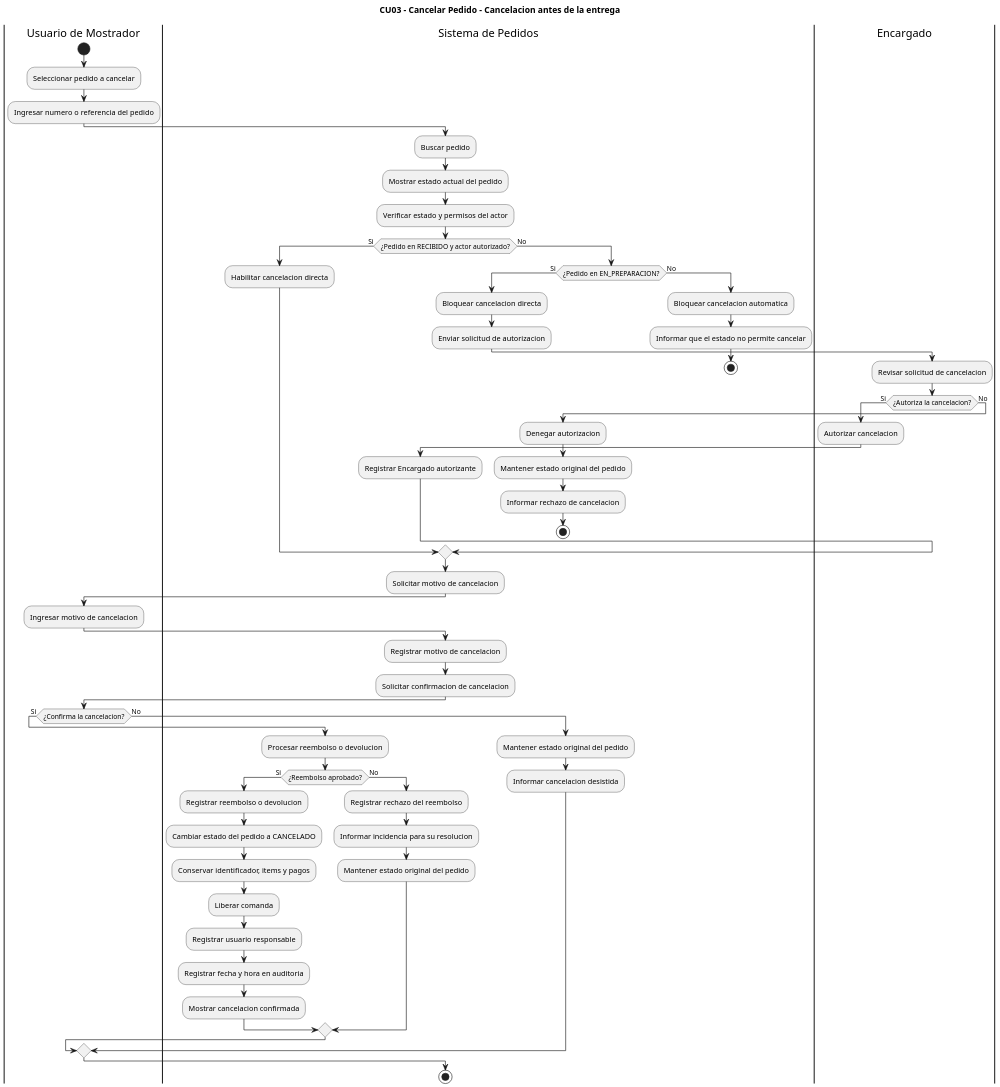
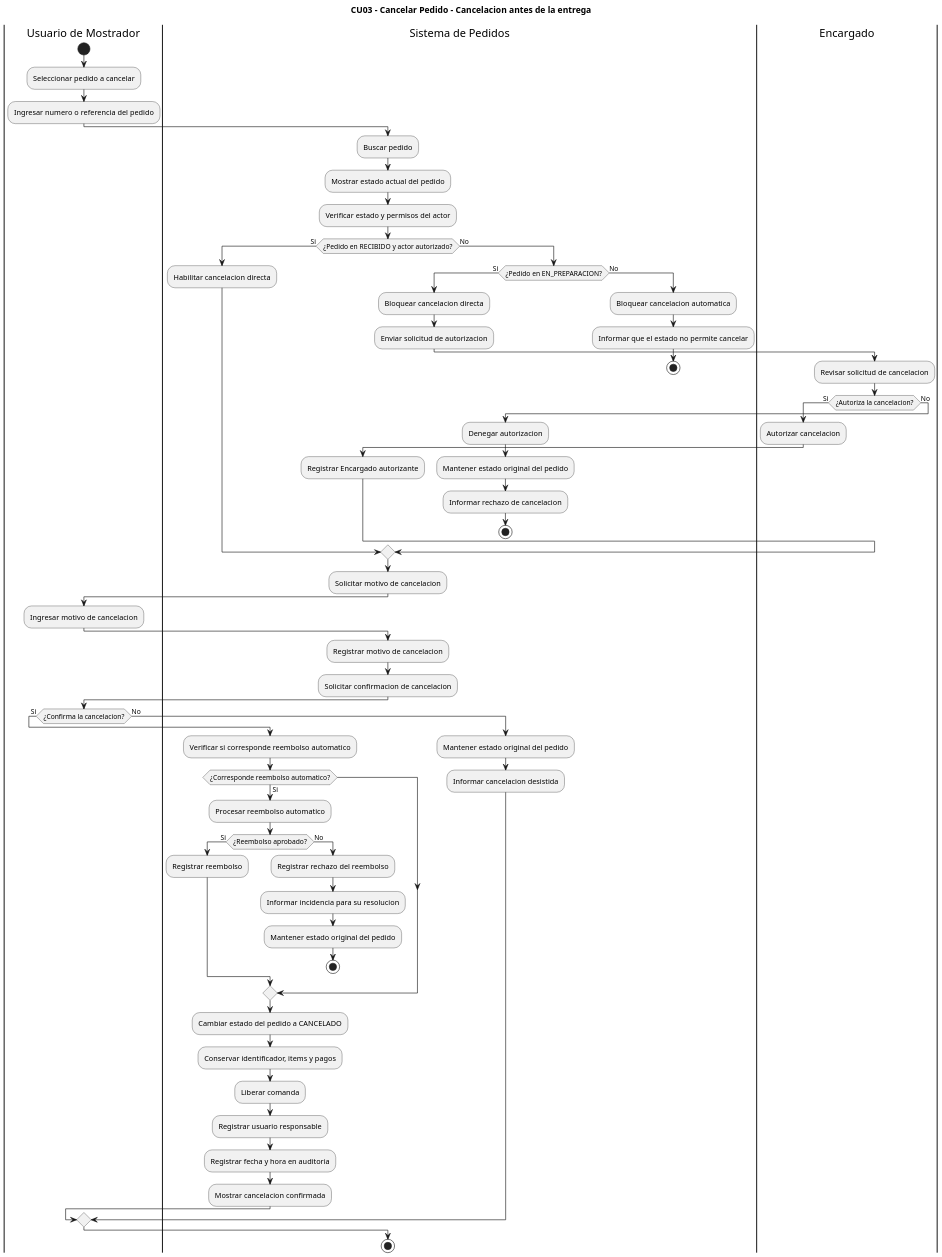
The diagram in diagramas/04-diagramas-actividades/04-actividad-cancelar-pedido-03.puml (eloeyhe/SistemaPedidos), drawn with PlantUML before and after one commit. The commit also changed 4 other files, not shown here.

```diff
--- a/diagramas/04-diagramas-actividades/04-actividad-cancelar-pedido-03.puml
+++ b/diagramas/04-diagramas-actividades/04-actividad-cancelar-pedido-03.puml
@@ -1,79 +1,84 @@
 @startuml
 title CU03 - Cancelar Pedido - Cancelacion antes de la entrega
 skinparam dpi 150
 skinparam shadowing false
 
 |Usuario de Mostrador|
 start
 :Seleccionar pedido a cancelar;
 :Ingresar numero o referencia del pedido;
 
 |Sistema de Pedidos|
 :Buscar pedido;
 :Mostrar estado actual del pedido;
 :Verificar estado y permisos del actor;
 
 if (¿Pedido en RECIBIDO y actor autorizado?) then (Si)
   :Habilitar cancelacion directa;
 else (No)
   if (¿Pedido en EN_PREPARACION?) then (Si)
     :Bloquear cancelacion directa;
     :Enviar solicitud de autorizacion;
     |Encargado|
     :Revisar solicitud de cancelacion;
     if (¿Autoriza la cancelacion?) then (Si)
       :Autorizar cancelacion;
       |Sistema de Pedidos|
       :Registrar Encargado autorizante;
     else (No)
       :Denegar autorizacion;
       |Sistema de Pedidos|
       :Mantener estado original del pedido;
       :Informar rechazo de cancelacion;
       stop
     endif
   else (No)
     :Bloquear cancelacion automatica;
     :Informar que el estado no permite cancelar;
     stop
   endif
 endif
 
 |Sistema de Pedidos|
-|Sistema de Pedidos|
 :Solicitar motivo de cancelacion;
 
 |Usuario de Mostrador|
 :Ingresar motivo de cancelacion;
 
 |Sistema de Pedidos|
 :Registrar motivo de cancelacion;
 :Solicitar confirmacion de cancelacion;
 
 |Usuario de Mostrador|
 if (¿Confirma la cancelacion?) then (Si)
   |Sistema de Pedidos|
-  :Procesar reembolso o devolucion;
+  :Verificar si corresponde reembolso automatico;
+
+if (¿Corresponde reembolso automatico?) then (Si)
+  :Procesar reembolso automatico;
 
   if (¿Reembolso aprobado?) then (Si)
-    :Registrar reembolso o devolucion;
-    :Cambiar estado del pedido a CANCELADO;
-    :Conservar identificador, items y pagos;
-    :Liberar comanda;
-    :Registrar usuario responsable;
-    :Registrar fecha y hora en auditoria;
-    :Mostrar cancelacion confirmada;
+    :Registrar reembolso;
   else (No)
     :Registrar rechazo del reembolso;
     :Informar incidencia para su resolucion;
     :Mantener estado original del pedido;
+    stop
   endif
+endif
+
+:Cambiar estado del pedido a CANCELADO;
+:Conservar identificador, items y pagos;
+:Liberar comanda;
+:Registrar usuario responsable;
+:Registrar fecha y hora en auditoria;
+:Mostrar cancelacion confirmada;
 
 else (No)
   |Sistema de Pedidos|
   :Mantener estado original del pedido;
   :Informar cancelacion desistida;
 endif
 
 stop
 @enduml
```
